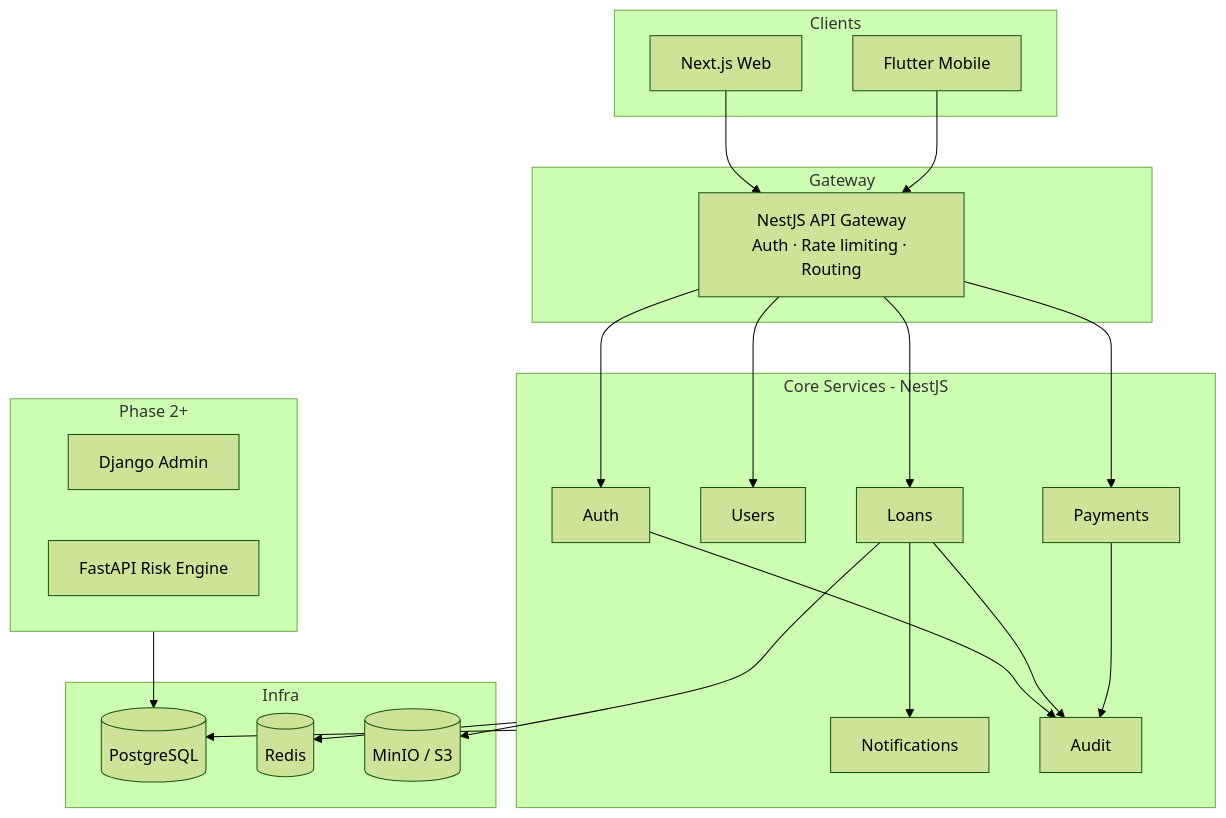
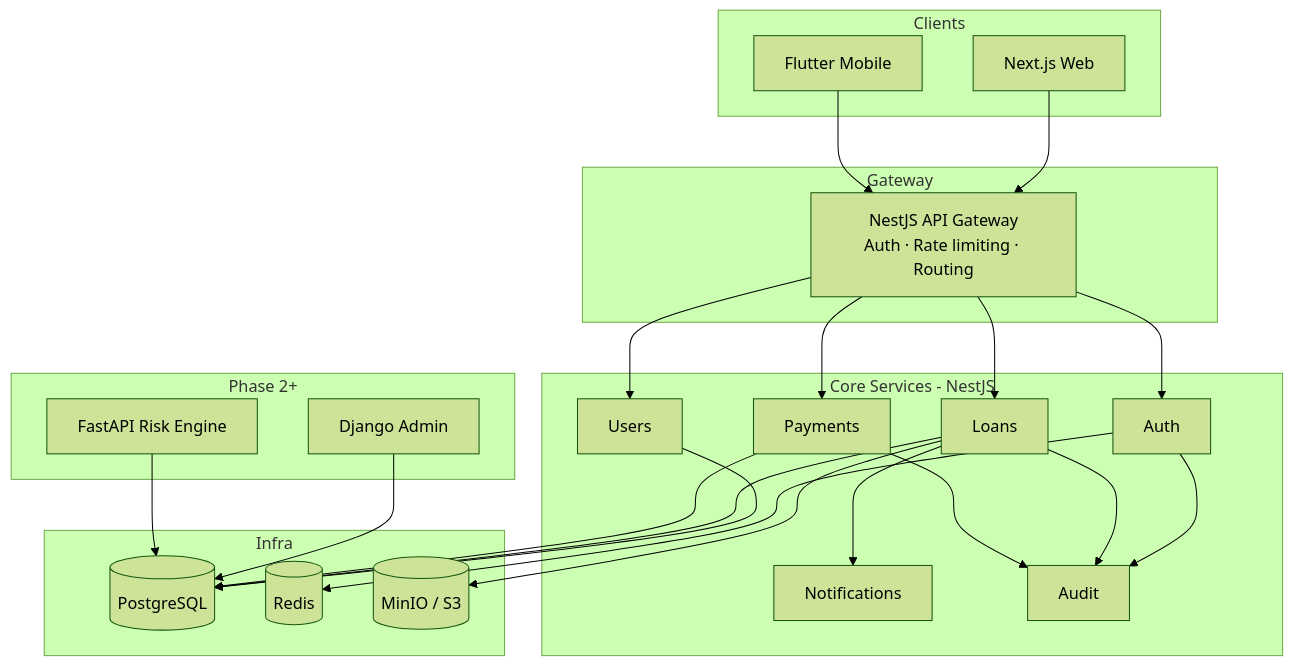
The first of 4 diagrams in README.md (finalSay9/Loan_system), drawn with Mermaid (forest theme) before and after one commit. The commit also changed other lines of this file, not shown here.

````diff
--- a/README.md
+++ b/README.md
@@ -79,47 +79,50 @@
 ```mermaid
 flowchart TB
     subgraph Clients
         WEB[Next.js Web]
         MOB[Flutter Mobile]
     end
 
     subgraph Gateway
         GW[NestJS API Gateway<br/>Auth · Rate limiting · Routing]
     end
 
     subgraph Core["Core Services - NestJS"]
         AUTH[Auth]
         USERS[Users]
         LOANS[Loans]
         PAY[Payments]
         NOTIF[Notifications]
         AUDIT[Audit]
     end
 
     subgraph Backoffice["Phase 2+"]
         DJANGO[Django Admin]
         FASTAPI[FastAPI Risk Engine]
     end
 
     subgraph Infra
         PG[(PostgreSQL)]
         REDIS[(Redis)]
         S3[(MinIO / S3)]
     end
 
     WEB --> GW
     MOB --> GW
     GW --> AUTH
     GW --> USERS
     GW --> LOANS
     GW --> PAY
     LOANS --> NOTIF
     AUTH --> AUDIT
     LOANS --> AUDIT
     PAY --> AUDIT
 
-    Core --> PG
-    Core --> REDIS
-    Backoffice --> PG
+    USERS --> PG
+    LOANS --> PG
+    PAY --> PG
+    AUTH --> REDIS
+    DJANGO --> PG
+    FASTAPI --> PG
     LOANS --> S3
 ```
````
